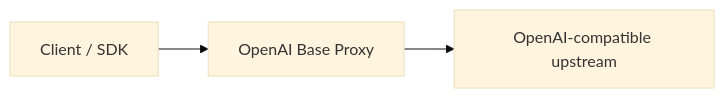
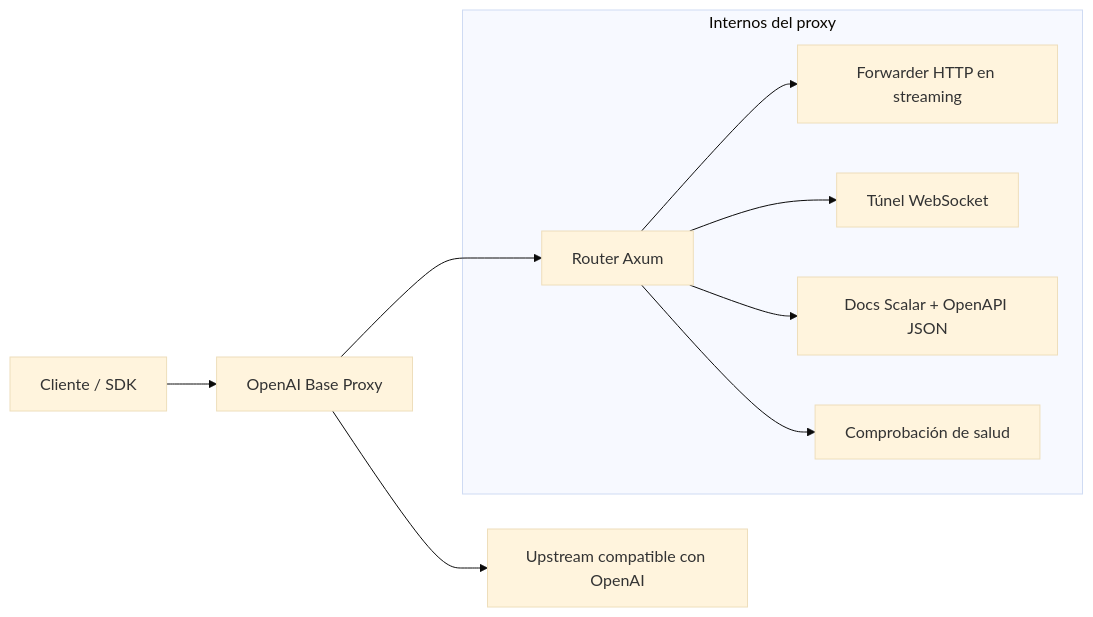
Before and after one commit to B1gM8c/openai-base-proxy: the diagram in docs/README.es.md, drawn with Mermaid (base theme). The commit also changed other lines of this file and 3 other files, not shown here.

````diff
--- a/docs/README.es.md
+++ b/docs/README.es.md
@@ -22,5 +51,19 @@
 ```mermaid
 flowchart LR
-    Client["Client / SDK"] --> Proxy["OpenAI Base Proxy"]
-    Proxy --> Upstream["OpenAI-compatible upstream"]
+    Client["Cliente / SDK"] --> Proxy["OpenAI Base Proxy"]
+    Proxy --> OpenAI["Upstream compatible con OpenAI"]
+
+    subgraph ProxyInternals["Internos del proxy"]
+        Router["Router Axum"]
+        Http["Forwarder HTTP en streaming"]
+        Ws["Túnel WebSocket"]
+        Docs["Docs Scalar + OpenAPI JSON"]
+        Health["Comprobación de salud"]
+    end
+
+    Proxy --> Router
+    Router --> Http
+    Router --> Ws
+    Router --> Docs
+    Router --> Health
 ```
````
